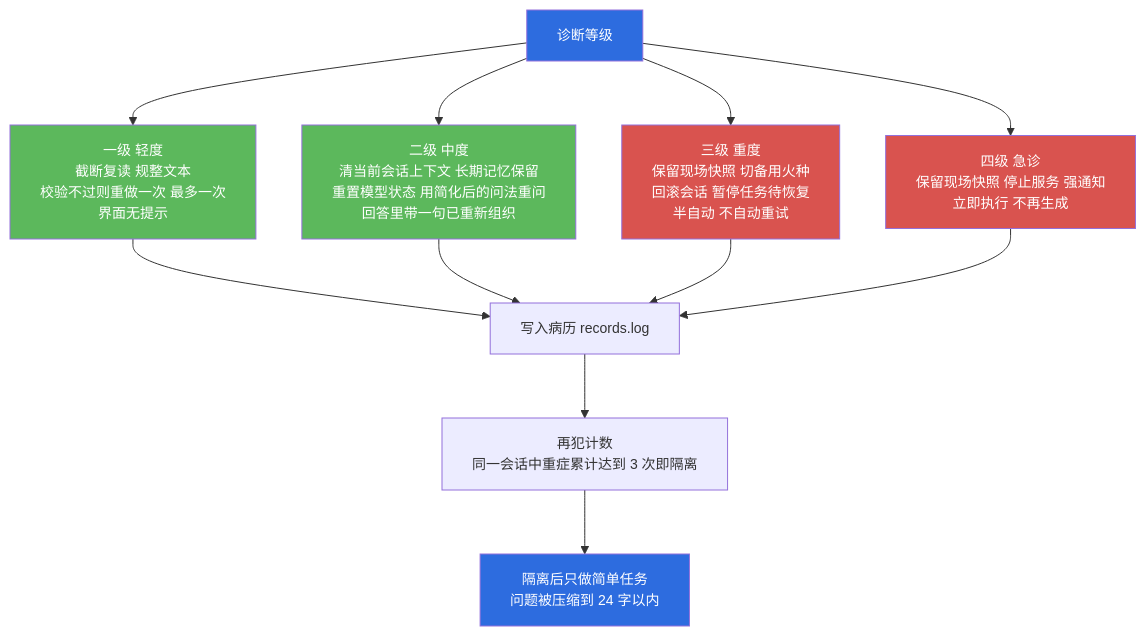
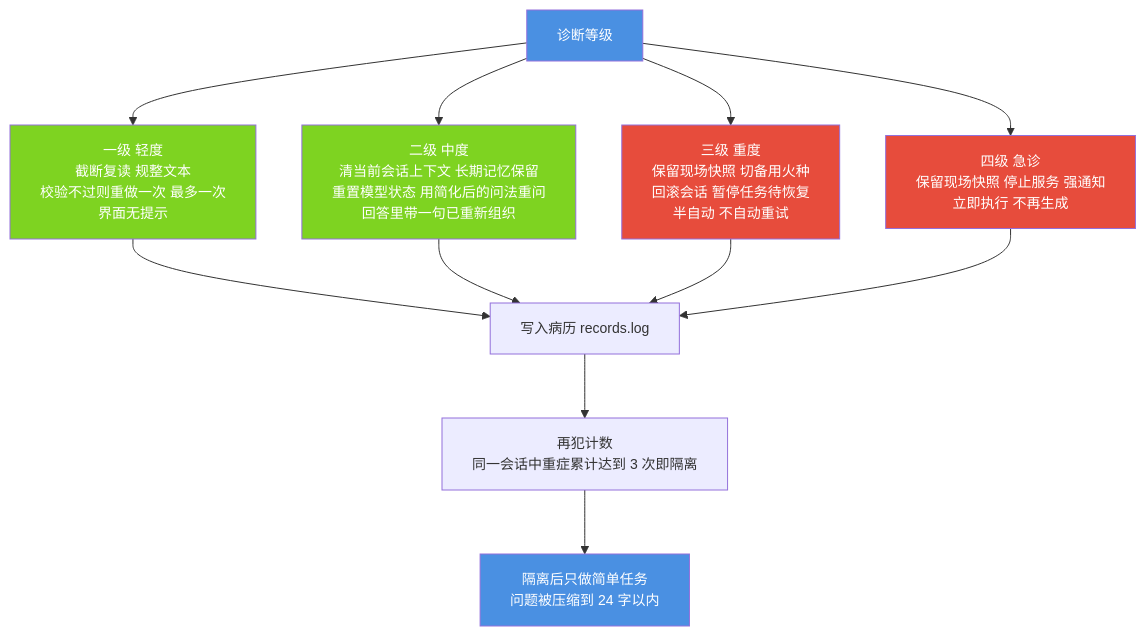
One commit to jiangchuangege/xiaojiao-harnees changed the sixth of 7 diagrams in docs/modules/04-health.md. Above: the diagram before and after it, drawn with Mermaid. The commit also changed other lines of this file and 32 other files, not shown here.

Commit message:
统一：全仓原理图配色到一套调色板 + 给 12 张灰图补色 + 修正自己会睡那张过期图

````diff
--- a/docs/modules/04-health.md
+++ b/docs/modules/04-health.md
@@ -355,21 +355,21 @@
 ```mermaid
 %%{init: {"themeVariables": {"fontSize": "14px"}, "flowchart": {"htmlLabels": true, "wrappingWidth": 340, "nodeSpacing": 46, "rankSpacing": 64, "useMaxWidth": true}}}%%
 flowchart TB
     D["诊断等级"] --> T1["一级 轻度<br/>截断复读 规整文本<br/>校验不过则重做一次 最多一次<br/>界面无提示"]
     D --> T2["二级 中度<br/>清当前会话上下文 长期记忆保留<br/>重置模型状态 用简化后的问法重问<br/>回答里带一句已重新组织"]
     D --> T3["三级 重度<br/>保留现场快照 切备用火种<br/>回滚会话 暂停任务待恢复<br/>半自动 不自动重试"]
     D --> T4["四级 急诊<br/>保留现场快照 停止服务 强通知<br/>立即执行 不再生成"]
     T1 --> REC["写入病历 records.log"]
     T2 --> REC
     T3 --> REC
     T4 --> REC
     REC --> ISO["再犯计数<br/>同一会话中重症累计达到 3 次即隔离"]
     ISO --> SIM["隔离后只做简单任务<br/>问题被压缩到 24 字以内"]
 
-    style D fill:#2d6cdf,color:#fff
-    style T1 fill:#5cb85c,color:#fff
-    style T2 fill:#5cb85c,color:#fff
-    style T3 fill:#d9534f,color:#fff
-    style T4 fill:#d9534f,color:#fff
-    style SIM fill:#2d6cdf,color:#fff
+    style D fill:#4A90E2,color:#fff
+    style T1 fill:#7ED321,color:#fff
+    style T2 fill:#7ED321,color:#fff
+    style T3 fill:#E74C3C,color:#fff
+    style T4 fill:#E74C3C,color:#fff
+    style SIM fill:#4A90E2,color:#fff
 ```
````
